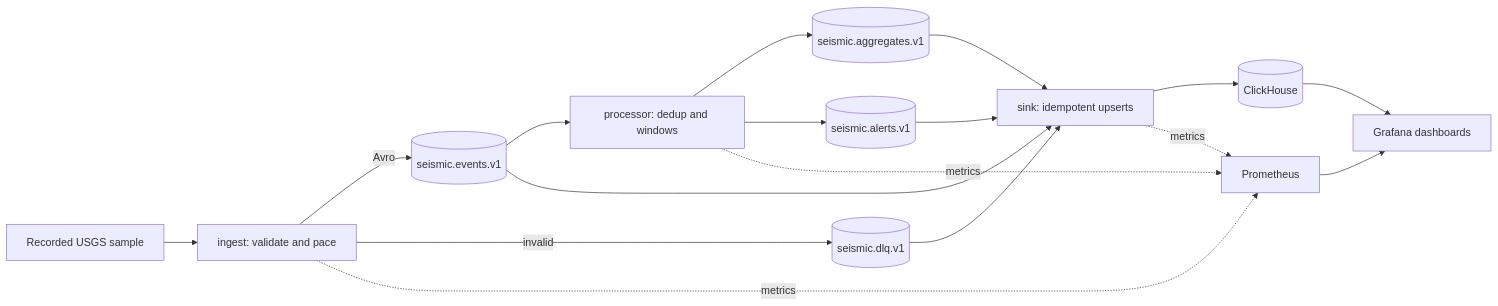
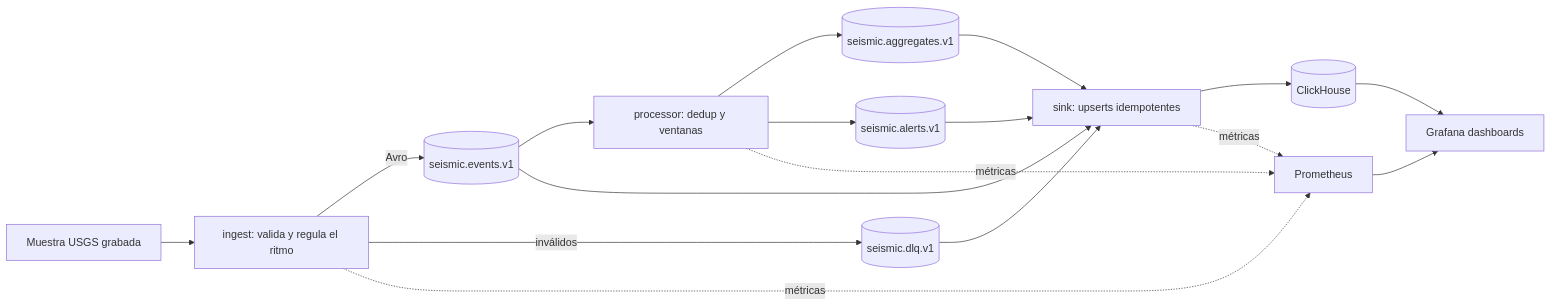
The diagram in README.md (Eduardo12Pacheco/sismos-en-tiempo-real), drawn with Mermaid before and after one commit. The commit also changed other lines of this file and 5 other files, not shown here.

````diff
--- a/README.md
+++ b/README.md
@@ -29,19 +29,19 @@
 ```mermaid
 flowchart LR
-  REC[Recorded USGS sample] --> ING[ingest: validate and pace]
+  REC[Muestra USGS grabada] --> ING[ingest: valida y regula el ritmo]
   ING -->|Avro| EV[(seismic.events.v1)]
-  ING -->|invalid| DLQ[(seismic.dlq.v1)]
-  EV --> PROC[processor: dedup and windows]
+  ING -->|inválidos| DLQ[(seismic.dlq.v1)]
+  EV --> PROC[processor: dedup y ventanas]
   PROC --> AGG[(seismic.aggregates.v1)]
   PROC --> ALR[(seismic.alerts.v1)]
-  EV --> SINK[sink: idempotent upserts]
+  EV --> SINK[sink: upserts idempotentes]
   AGG --> SINK
   ALR --> SINK
   DLQ --> SINK
   SINK --> CH[(ClickHouse)]
   CH --> GRAF[Grafana dashboards]
-  ING -. metrics .-> PROM[Prometheus]
-  PROC -. metrics .-> PROM
-  SINK -. metrics .-> PROM
+  ING -. métricas .-> PROM[Prometheus]
+  PROC -. métricas .-> PROM
+  SINK -. métricas .-> PROM
   PROM --> GRAF
 ```
````
